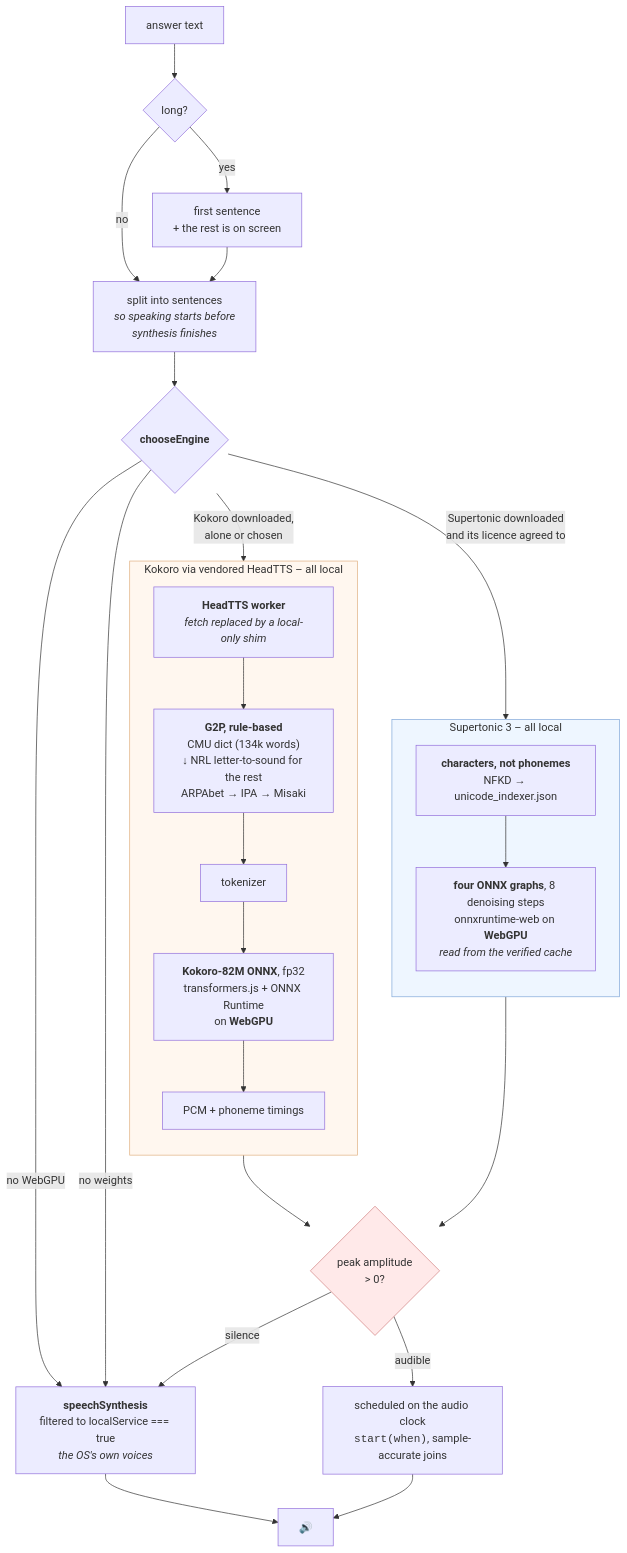
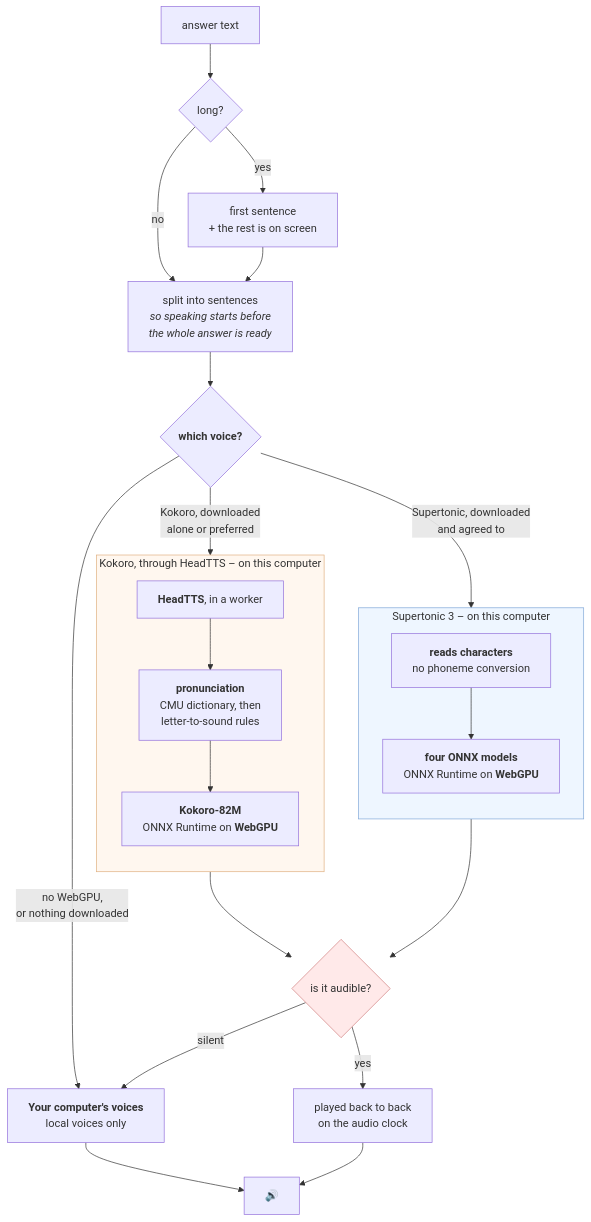
One commit to openposse-org/openposse-extension changed the fifth of 5 diagrams in README.md. Above: the diagram before and after it, drawn with Mermaid. The commit also changed other lines of this file, not shown here.

Commit message:
wip: the README is rewritten for the extension alone – no Mac app history, the side panel as the main window, routing without the Prompt API, Supertonic and Kokoro side by side, and a warmer tone

````diff
--- a/README.md
+++ b/README.md
@@ -277,42 +348,40 @@
 ```mermaid
 flowchart TB
     TXT["answer text"] --> SUM{"long?"}
     SUM -->|yes| SU["first sentence<br/>+ the rest is on screen"]
     SUM -->|no| SPLIT
-    SU --> SPLIT["split into sentences<br/><i>so speaking starts before<br/>synthesis finishes</i>"]
+    SU --> SPLIT["split into sentences<br/><i>so speaking starts before<br/>the whole answer is ready</i>"]
 
-    SPLIT --> GATE{"<b>chooseEngine</b>"}
-    GATE -->|"no WebGPU"| SYS
-    GATE -->|"no weights"| SYS
-    GATE -->|"Supertonic downloaded<br/>and its licence agreed to"| UNI
-    GATE -->|"Kokoro downloaded,<br/>alone or chosen"| HT
+    SPLIT --> GATE{"<b>which voice?</b>"}
+    GATE -->|"no WebGPU,<br/>or nothing downloaded"| SYS
+    GATE -->|"Supertonic, downloaded<br/>and agreed to"| UNI
+    GATE -->|"Kokoro, downloaded<br/>alone or preferred"| HT
 
-    SYS["<b>speechSynthesis</b><br/>filtered to localService === true<br/><i>the OS's own voices</i>"] --> OUT
+    SYS["<b>Your computer's voices</b><br/>local voices only"] --> OUT
 
-    subgraph supertonic["Supertonic 3 – all local"]
+    subgraph supertonic["Supertonic 3 – on this computer"]
         direction TB
-        UNI["<b>characters, not phonemes</b><br/>NFKD → unicode_indexer.json"]
-        GRAPHS["<b>four ONNX graphs</b>, 8 denoising steps<br/>onnxruntime-web on <b>WebGPU</b><br/><i>read from the verified cache</i>"]
+        UNI["<b>reads characters</b><br/>no phoneme conversion"]
+        GRAPHS["<b>four ONNX models</b><br/>ONNX Runtime on <b>WebGPU</b>"]
         UNI --> GRAPHS
     end
     GRAPHS --> CHK
 
-    subgraph kokoro["Kokoro via vendored HeadTTS – all local"]
+    subgraph kokoro["Kokoro, through HeadTTS – on this computer"]
         direction TB
-        HT["<b>HeadTTS worker</b><br/><i>fetch replaced by a local-only shim</i>"]
-        G2P["<b>G2P, rule-based</b><br/>CMU dict (134k words)<br/>↓ NRL letter-to-sound for the rest<br/>ARPAbet → IPA → Misaki"]
-        TOK["tokenizer"]
-        ONNX["<b>Kokoro-82M ONNX</b>, fp32<br/>transformers.js + ONNX Runtime<br/>on <b>WebGPU</b>"]
-        PCM["PCM + phoneme timings"]
-        HT --> G2P --> TOK --> ONNX --> PCM
+        HT["<b>HeadTTS</b>, in a worker"]
+        G2P["<b>pronunciation</b><br/>CMU dictionary, then<br/>letter-to-sound rules"]
+        ONNX["<b>Kokoro-82M</b><br/>ONNX Runtime on <b>WebGPU</b>"]
+        HT --> G2P --> ONNX
     end
+    ONNX --> CHK
 
-    PCM --> CHK{"peak amplitude<br/>> 0?"}
-    CHK -->|"silence"| SYS
-    CHK -->|"audible"| SCH["scheduled on the audio clock<br/><code>start(when)</code>, sample-accurate joins"]
+    CHK{"is it audible?"}
+    CHK -->|"silent"| SYS
+    CHK -->|"yes"| SCH["played back to back<br/>on the audio clock"]
     SCH --> OUT["🔊"]
 
     style supertonic fill:#eef6ff,stroke:#80a8d8
     style kokoro fill:#fff7ef,stroke:#e0b080
     style CHK fill:#ffe9e9,stroke:#d08080
 ```
````
